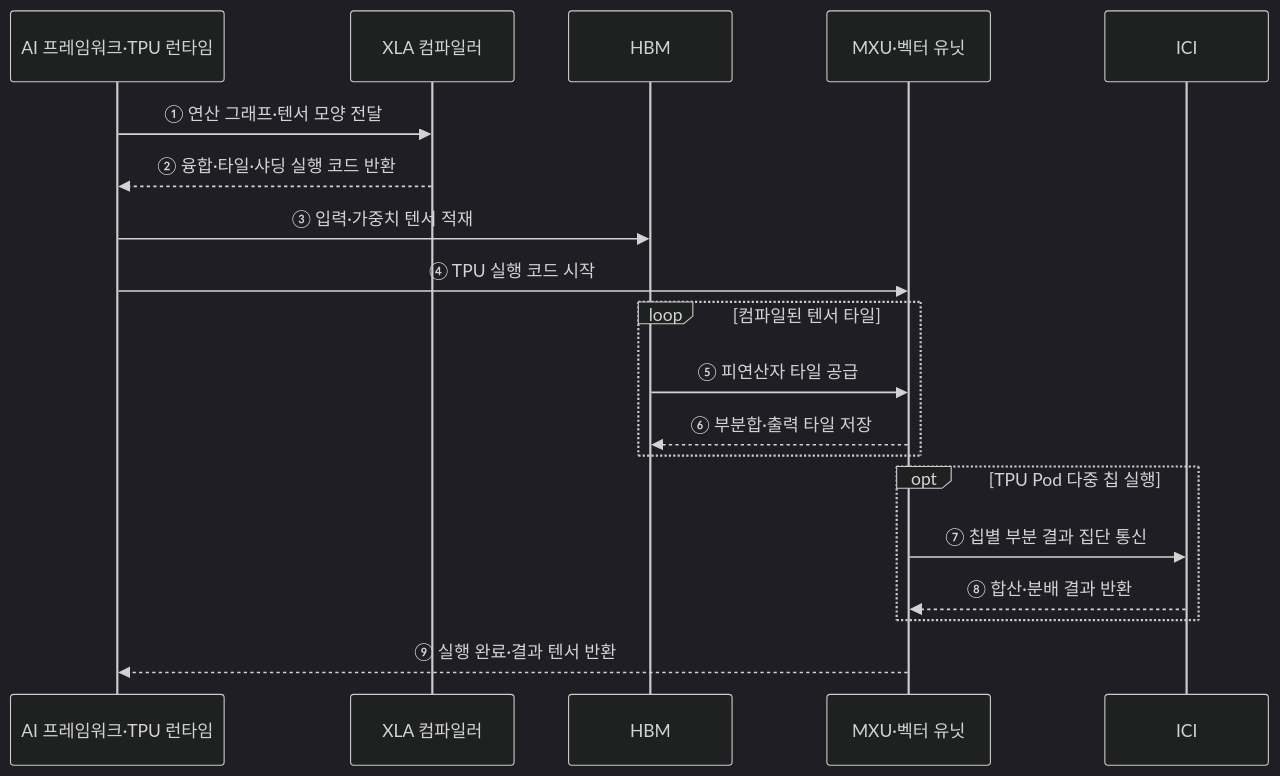
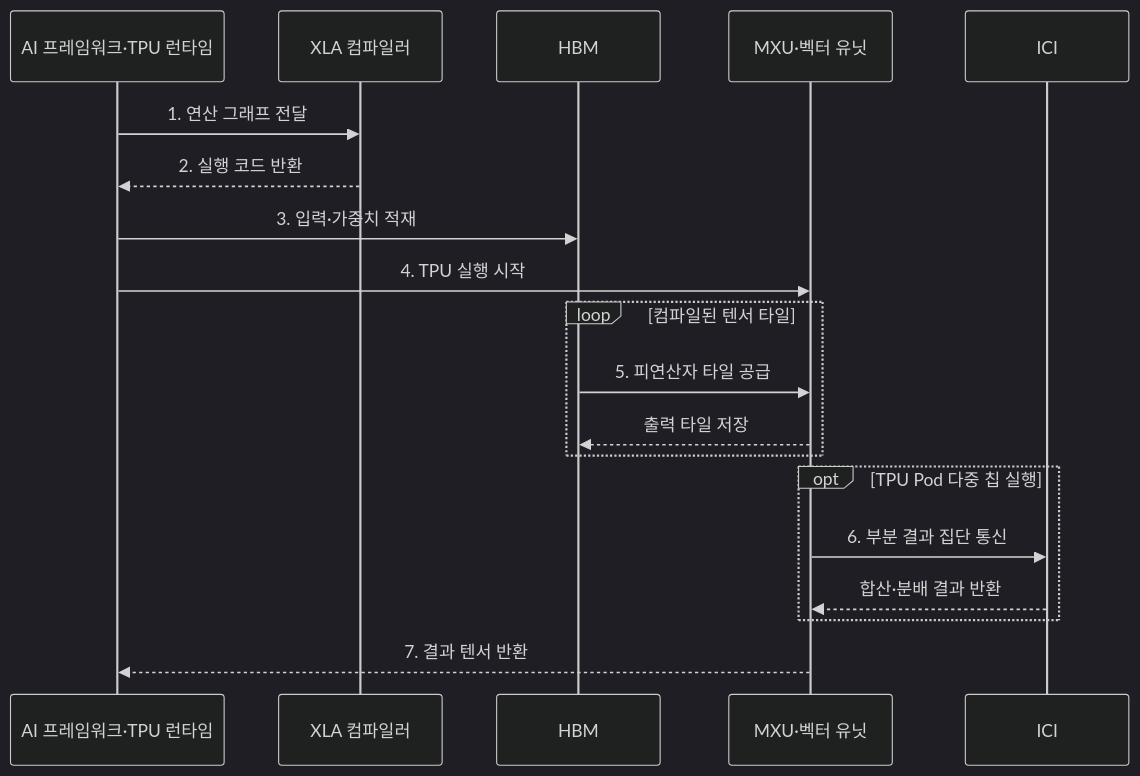
Before and after one commit to agnusdei1207/knowledge-base: the second of 2 diagrams in src/content/docs/notes/02-hardware/043_tensor_processing_unit.md, drawn with Mermaid (dark theme). The commit also changed other lines of this file and 20 other files, not shown here.

````diff
--- a/src/content/docs/notes/02-hardware/043_tensor_processing_unit.md
+++ b/src/content/docs/notes/02-hardware/043_tensor_processing_unit.md
@@ -80,22 +88,22 @@
 ```mermaid
 sequenceDiagram
     participant A as AI 프레임워크·TPU 런타임
     participant X as XLA 컴파일러
     participant H as HBM
     participant C as MXU·벡터 유닛
     participant I as ICI
 
-    A->>X: ① 연산 그래프·텐서 모양 전달
-    X-->>A: ② 융합·타일·샤딩 실행 코드 반환
-    A->>H: ③ 입력·가중치 텐서 적재
-    A->>C: ④ TPU 실행 코드 시작
+    A->>X: 1. 연산 그래프 전달
+    X-->>A: 2. 실행 코드 반환
+    A->>H: 3. 입력·가중치 적재
+    A->>C: 4. TPU 실행 시작
     loop 컴파일된 텐서 타일
-        H->>C: ⑤ 피연산자 타일 공급
-        C-->>H: ⑥ 부분합·출력 타일 저장
+        H->>C: 5. 피연산자 타일 공급
+        C-->>H: 출력 타일 저장
     end
     opt TPU Pod 다중 칩 실행
-        C->>I: ⑦ 칩별 부분 결과 집단 통신
-        I-->>C: ⑧ 합산·분배 결과 반환
+        C->>I: 6. 부분 결과 집단 통신
+        I-->>C: 합산·분배 결과 반환
     end
-    C-->>A: ⑨ 실행 완료·결과 텐서 반환
+    C-->>A: 7. 결과 텐서 반환
 ```
````
